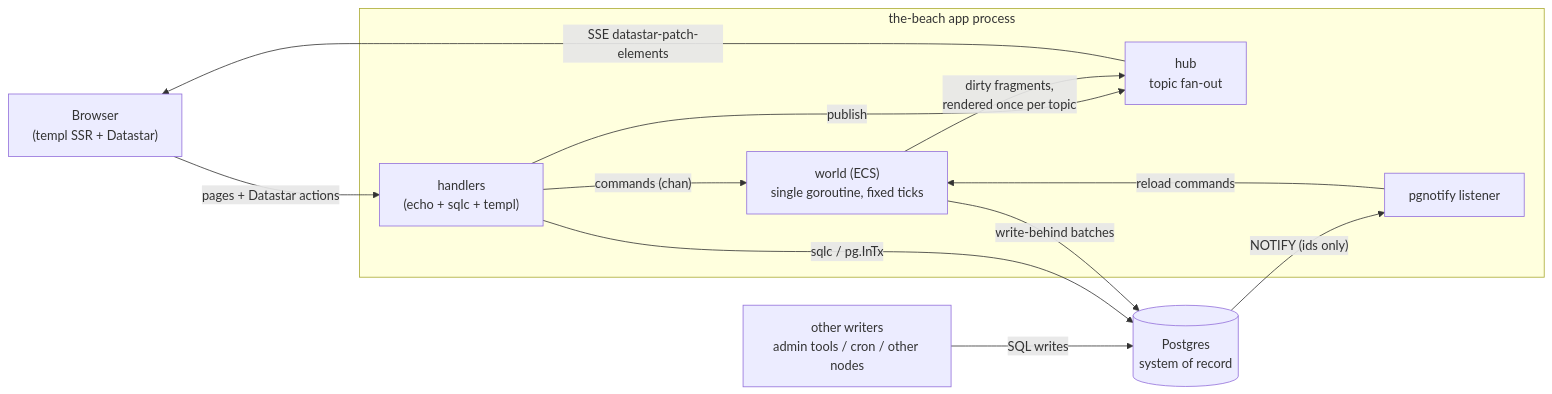
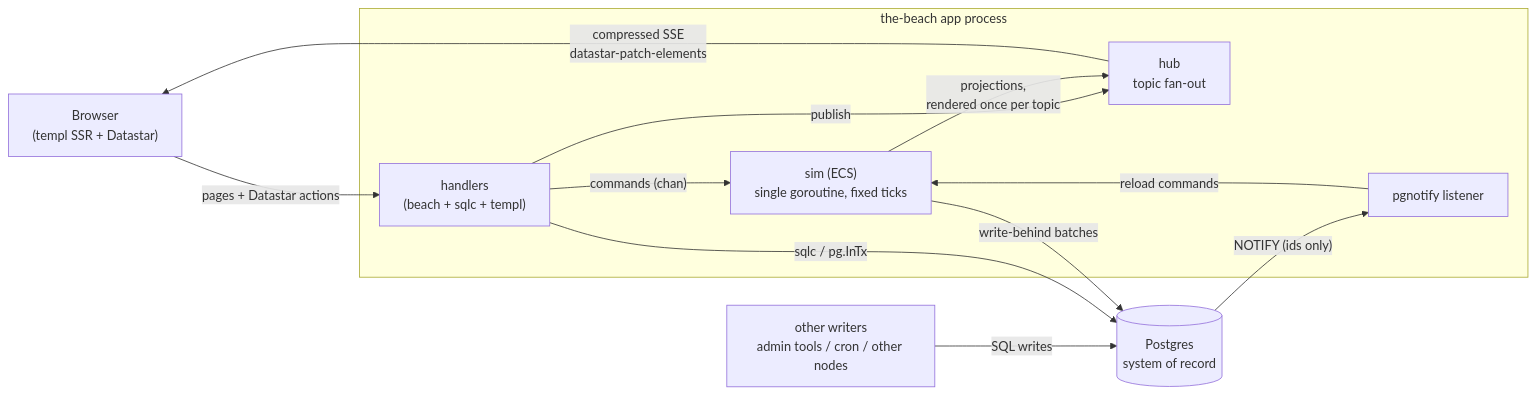
Before and after one commit to ThirdCoastInteractive/Beach: the first of 2 diagrams in docs/README.md, drawn with Mermaid. The commit also changed other lines of this file and 20 other files, not shown here.

Commit message:
docs: beach root layout, ui toolkit (14KB law), sim rename, Atlas adoptions (auth/apigen/chart/ch), example trio

````diff
--- a/docs/README.md
+++ b/docs/README.md
@@ -15,23 +16,23 @@
 ```mermaid
 flowchart LR
     B["Browser<br/>(templ SSR + Datastar)"]
     subgraph proc["the-beach app process"]
-        H["handlers<br/>(echo + sqlc + templ)"]
-        W["world (ECS)<br/>single goroutine, fixed ticks"]
+        H["handlers<br/>(beach + sqlc + templ)"]
+        SIM["sim (ECS)<br/>single goroutine, fixed ticks"]
         HUB["hub<br/>topic fan-out"]
         PN["pgnotify listener"]
     end
     PG[("Postgres<br/>system of record")]
     EXT["other writers<br/>admin tools / cron / other nodes"]
 
     B -- "pages + Datastar actions" --> H
-    H -- "commands (chan)" --> W
+    H -- "commands (chan)" --> SIM
     H -- "sqlc / pg.InTx" --> PG
     H -- "publish" --> HUB
-    W -- "write-behind batches" --> PG
-    W -- "dirty fragments,<br/>rendered once per topic" --> HUB
-    HUB -- "SSE datastar-patch-elements" --> B
+    SIM -- "write-behind batches" --> PG
+    SIM -- "projections,<br/>rendered once per topic" --> HUB
+    HUB -- "compressed SSE<br/>datastar-patch-elements" --> B
     EXT -- "SQL writes" --> PG
     PG -- "NOTIFY (ids only)" --> PN
-    PN -- "reload commands" --> W
+    PN -- "reload commands" --> SIM
 ```
````
